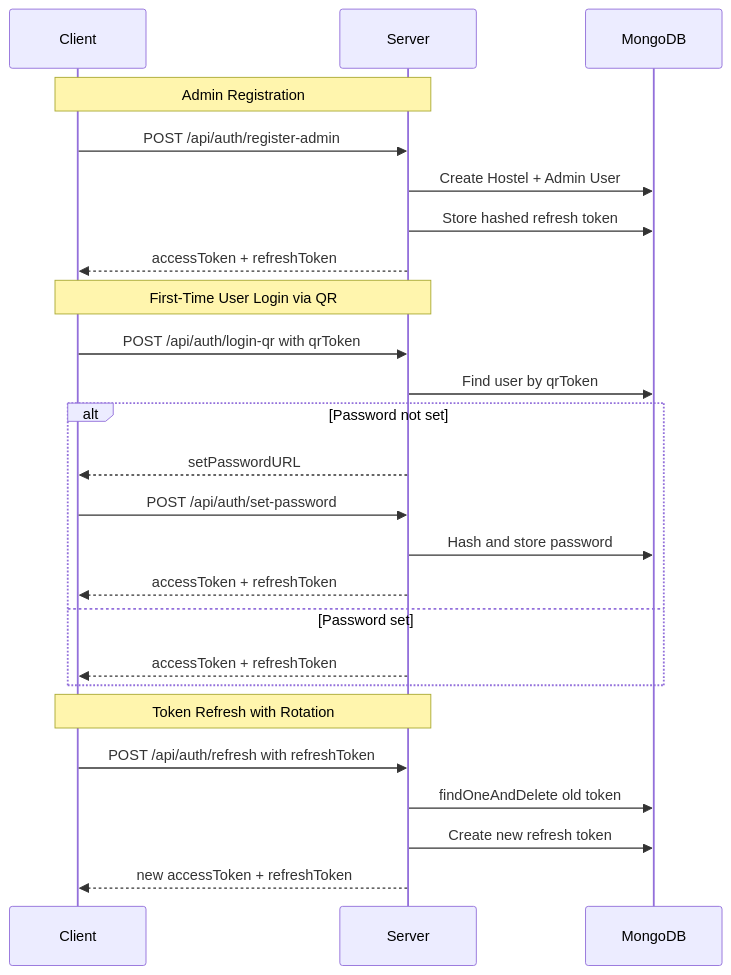
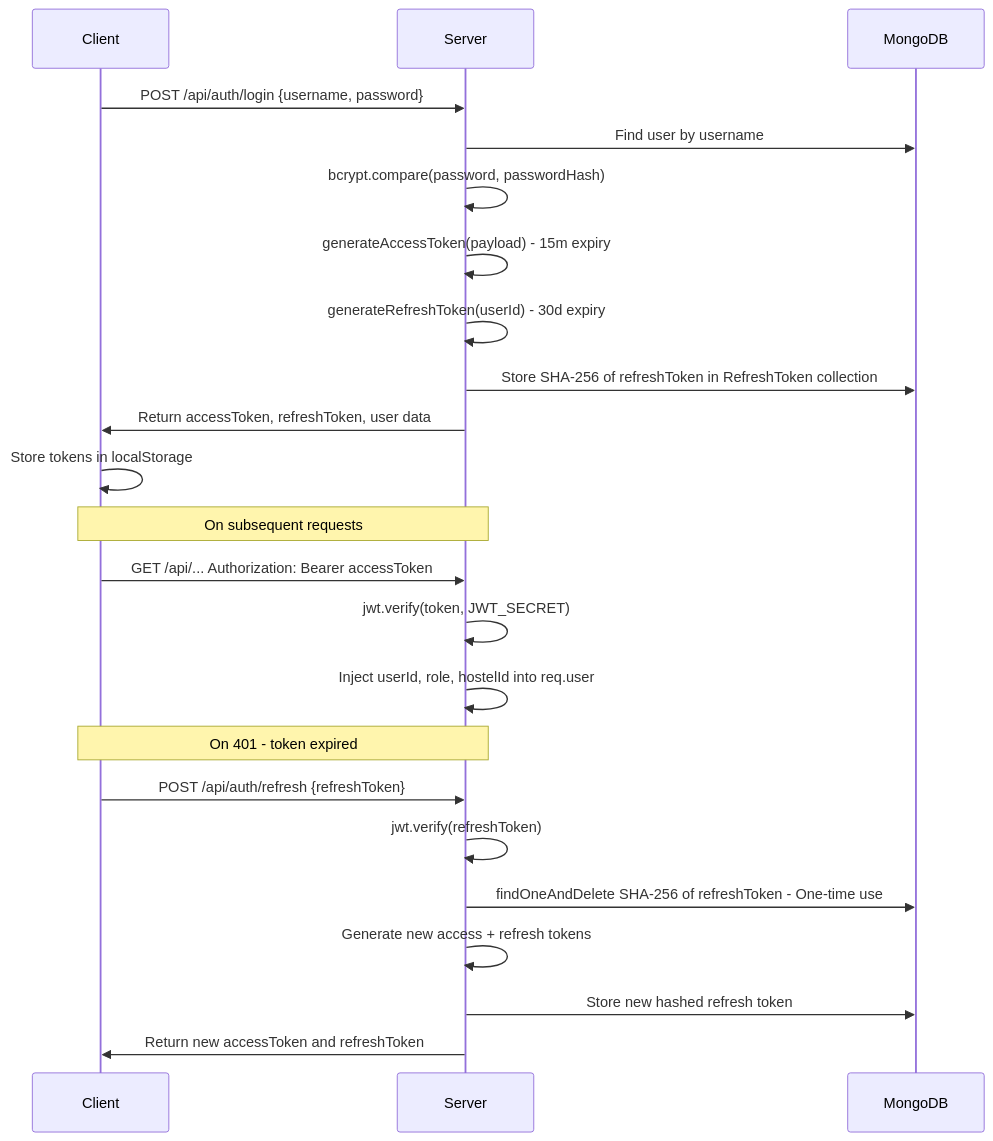
One commit to fo56/hostelHub changed the third of 4 diagrams in codebase-analysis-docs/CODEBASE_KNOWLEDGE.md. Above: the diagram before and after it, drawn with Mermaid. The commit also changed other lines of this file, not shown here.

````diff
--- a/codebase-analysis-docs/CODEBASE_KNOWLEDGE.md
+++ b/codebase-analysis-docs/CODEBASE_KNOWLEDGE.md
@@ -254,30 +462,28 @@
 ```mermaid
 sequenceDiagram
     participant C as Client
     participant S as Server
     participant DB as MongoDB
 
-    Note over C,S: Admin Registration
-    C->>S: POST /api/auth/register-admin
-    S->>DB: Create Hostel + Admin User
-    S->>DB: Store hashed refresh token
-    S-->>C: accessToken + refreshToken
+    C->>S: POST /api/auth/login {username, password}
+    S->>DB: Find user by username
+    S->>S: bcrypt.compare(password, passwordHash)
+    S->>S: generateAccessToken(payload) - 15m expiry
+    S->>S: generateRefreshToken(userId) - 30d expiry
+    S->>DB: Store SHA-256 of refreshToken in RefreshToken collection
+    S->>C: Return accessToken, refreshToken, user data
+    C->>C: Store tokens in localStorage
 
-    Note over C,S: First-Time User Login via QR
-    C->>S: POST /api/auth/login-qr with qrToken
-    S->>DB: Find user by qrToken
-    alt Password not set
-        S-->>C: setPasswordURL
-        C->>S: POST /api/auth/set-password
-        S->>DB: Hash and store password
-        S-->>C: accessToken + refreshToken
-    else Password set
-        S-->>C: accessToken + refreshToken
-    end
+    Note over C,S: On subsequent requests
+    C->>S: GET /api/... Authorization: Bearer accessToken
+    S->>S: jwt.verify(token, JWT_SECRET)
+    S->>S: Inject userId, role, hostelId into req.user
 
-    Note over C,S: Token Refresh with Rotation
-    C->>S: POST /api/auth/refresh with refreshToken
-    S->>DB: findOneAndDelete old token
-    S->>DB: Create new refresh token
-    S-->>C: new accessToken + refreshToken
+    Note over C,S: On 401 - token expired
+    C->>S: POST /api/auth/refresh {refreshToken}
+    S->>S: jwt.verify(refreshToken)
+    S->>DB: findOneAndDelete SHA-256 of refreshToken - One-time use
+    S->>S: Generate new access + refresh tokens
+    S->>DB: Store new hashed refresh token
+    S->>C: Return new accessToken and refreshToken
 ```
````
